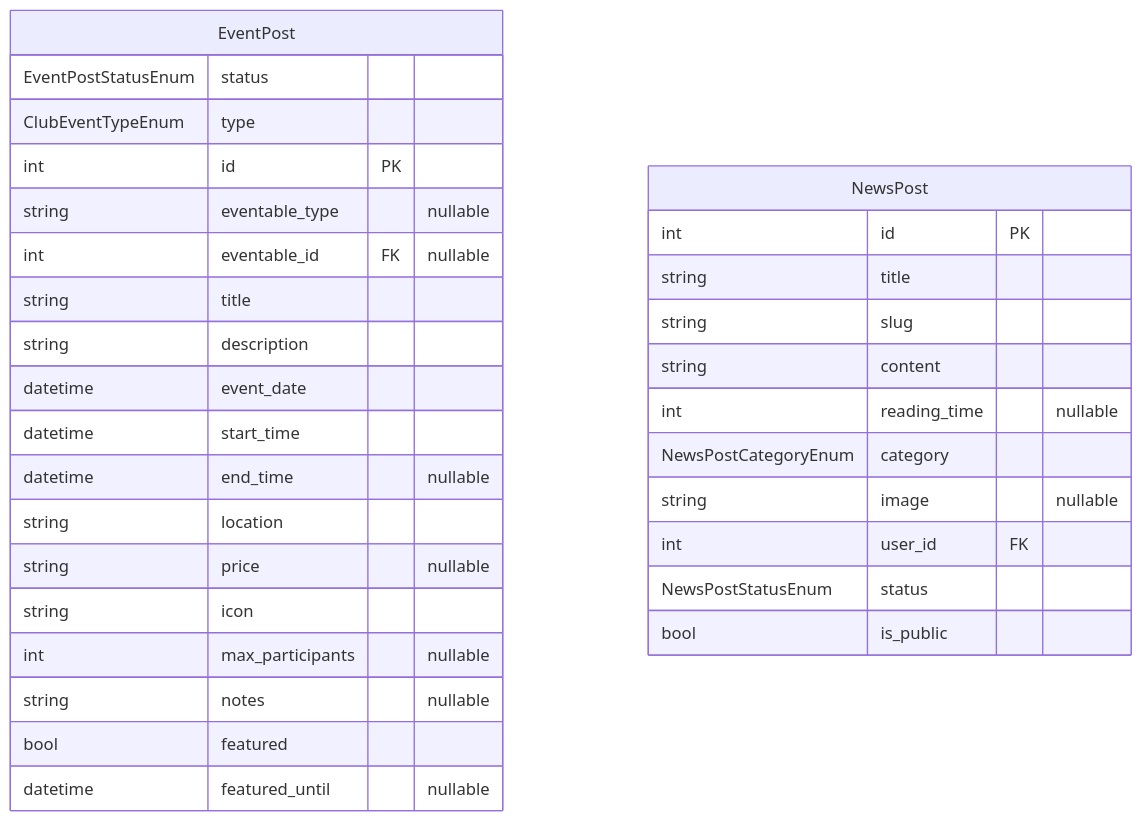
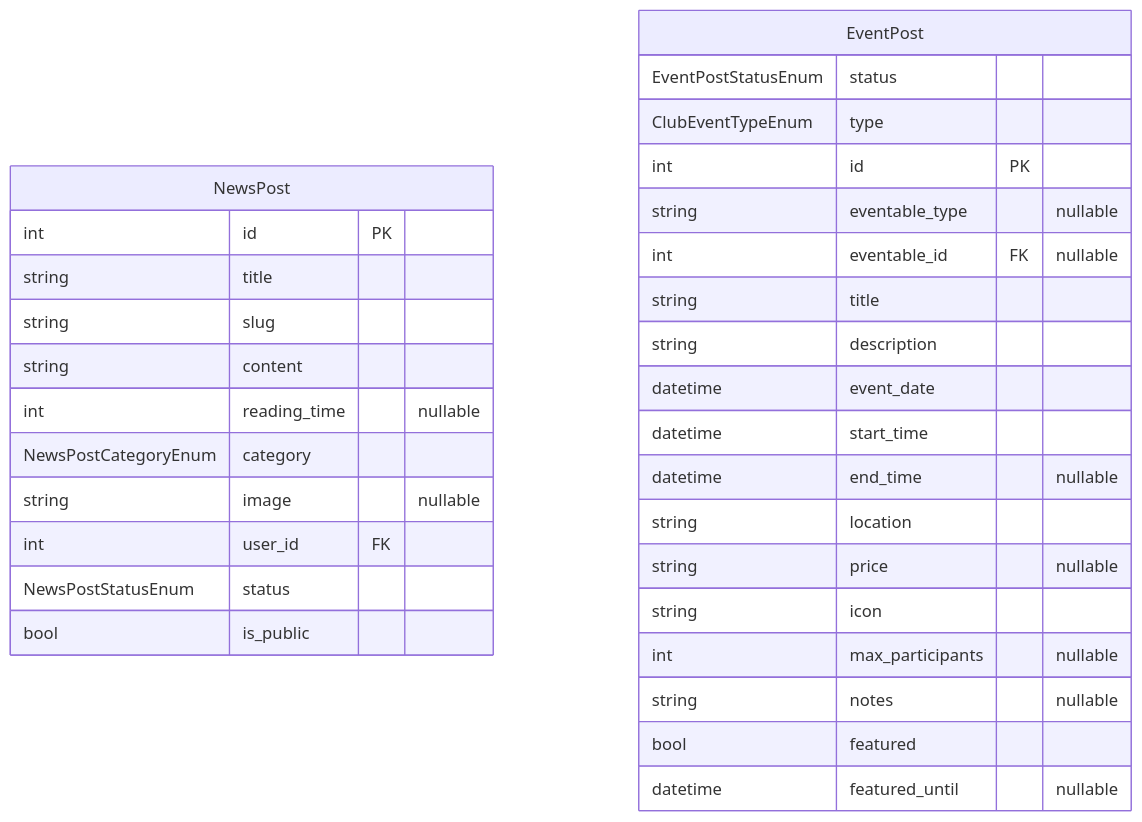
One commit to Paupoo/tabletennisclub-app changed the diagram in docs/erd/clubposts.md. Above: the diagram before and after it, drawn with Mermaid. The commit also changed other lines of this file and 17 other files, not shown here.

````diff
--- a/docs/erd/clubposts.md
+++ b/docs/erd/clubposts.md
@@ -3,35 +3,35 @@
 ```mermaid
 erDiagram
+    NewsPost {
+        int id PK
+        string title
+        string slug
+        string content
+        int reading_time "nullable"
+        NewsPostCategoryEnum category
+        string image "nullable"
+        int user_id FK
+        NewsPostStatusEnum status
+        bool is_public
+    }
     EventPost {
         EventPostStatusEnum status
         ClubEventTypeEnum type
         int id PK
         string eventable_type "nullable"
         int eventable_id FK "nullable"
         string title
         string description
         datetime event_date
         datetime start_time
         datetime end_time "nullable"
         string location
         string price "nullable"
         string icon
         int max_participants "nullable"
         string notes "nullable"
         bool featured
         datetime featured_until "nullable"
     }
-    NewsPost {
-        int id PK
-        string title
-        string slug
-        string content
-        int reading_time "nullable"
-        NewsPostCategoryEnum category
-        string image "nullable"
-        int user_id FK
-        NewsPostStatusEnum status
-        bool is_public
-    }
 
 ```
````
